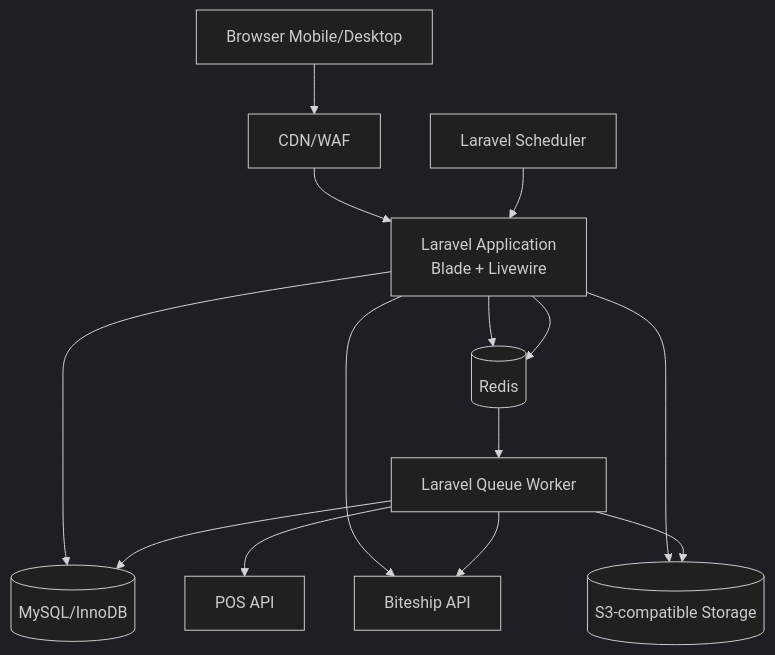
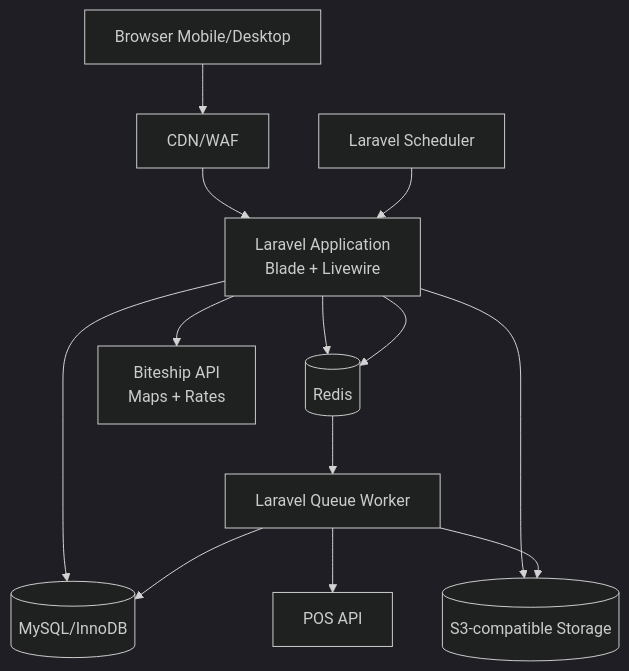
The first of 3 diagrams in docs/requirements/SRS.md (Webekspres/pixel-komunika), drawn with Mermaid (dark theme) before and after one commit. The commit also changed other lines of this file and 6 other files, not shown here.

Commit message:
docs: define Biteship Maps and Rates integration

````diff
--- a/docs/requirements/SRS.md
+++ b/docs/requirements/SRS.md
@@ -140,26 +140,25 @@
 ```mermaid
 flowchart TB
     Browser[Browser Mobile/Desktop]
     CDN[CDN/WAF]
     App[Laravel Application<br/>Blade + Livewire]
     Worker[Laravel Queue Worker]
     Scheduler[Laravel Scheduler]
     DB[(MySQL/InnoDB)]
     Redis[(Redis)]
     Storage[(S3-compatible Storage)]
     POS[POS API]
-    Biteship[Biteship API]
+    Biteship[Biteship API<br/>Maps + Rates]
 
     Browser --> CDN --> App
     App --> DB
     App --> Redis
     App --> Storage
     App --> Biteship
     App --> Redis
     Scheduler --> App
     Redis --> Worker
     Worker --> DB
     Worker --> POS
-    Worker --> Biteship
     Worker --> Storage
 ```
````
